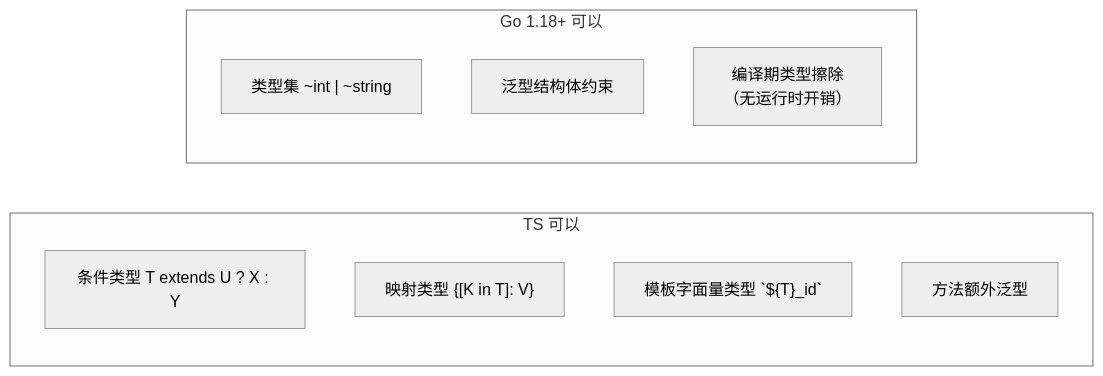
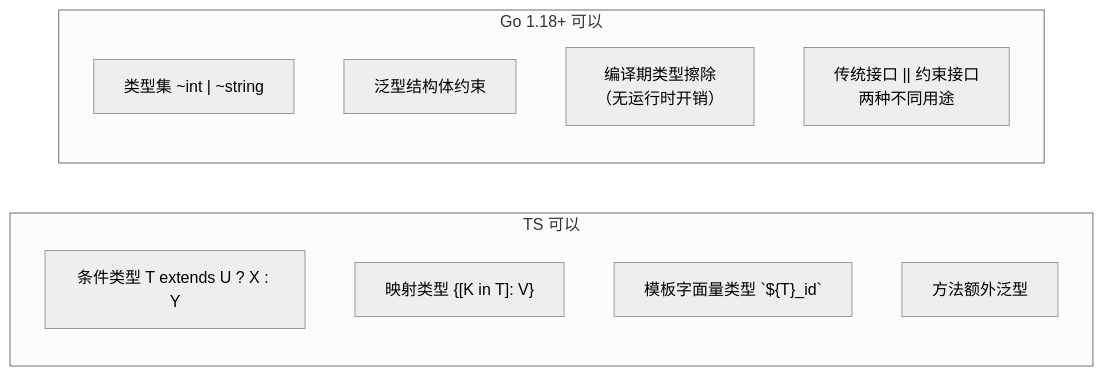
One commit to FleetingEcho/golang_cookbook changed the third of 3 diagrams in golang-cookbook/01-language/12-generics.md. Above: the diagram before and after it, drawn with Mermaid (neutral theme). The commit also changed other lines of this file and 2 other files, not shown here.

````diff
--- a/golang-cookbook/01-language/12-generics.md
+++ b/golang-cookbook/01-language/12-generics.md
@@ -220,14 +481,15 @@
 ```mermaid
 graph LR
     subgraph "TS 可以"
         T1["条件类型 T extends U ? X : Y"]
         T2["映射类型 {[K in T]: V}"]
         T3["模板字面量类型 `${T}_id`"]
         T4["方法额外泛型"]
     end
     subgraph "Go 1.18+ 可以"
         G1["类型集 ~int | ~string"]
         G2["泛型结构体约束"]
         G3["编译期类型擦除<br/>（无运行时开销）"]
+        G4["传统接口 || 约束接口<br/>两种不同用途"]
     end
 ```
````
